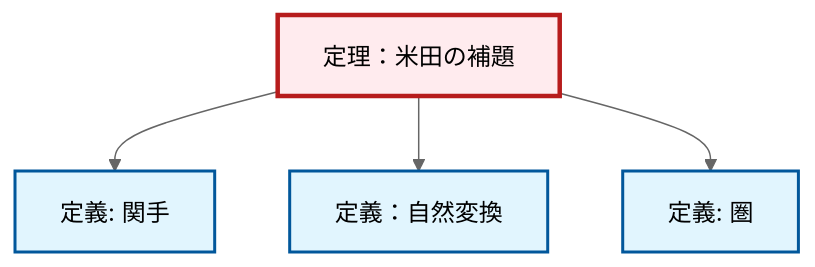
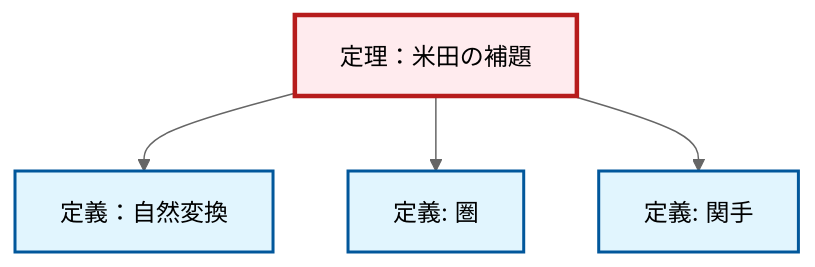
Before and after one commit to RK0429/ModernMath: the diagram in content/ja/category-theory/thm-yoneda.qmd, drawn with Mermaid (neutral theme). The commit also changed other lines of this file and 1012 other files, not shown here.

````diff
--- a/content/ja/category-theory/thm-yoneda.qmd
+++ b/content/ja/category-theory/thm-yoneda.qmd
@@ -96,20 +96,20 @@
 ```{mermaid}
 %%| fig-cap: "Local dependency graph"
 graph TD
     classDef definition fill:#e1f5fe,stroke:#01579b,stroke-width:2px
     classDef theorem fill:#f3e5f5,stroke:#4a148c,stroke-width:2px
     classDef axiom fill:#fff3e0,stroke:#e65100,stroke-width:2px
     classDef example fill:#e8f5e9,stroke:#1b5e20,stroke-width:2px
     classDef current fill:#ffebee,stroke:#b71c1c,stroke-width:3px
+    thm-yoneda["定理：米田の補題"]:::theorem
     def-category["定義: 圏"]:::definition
-    thm-yoneda["定理：米田の補題"]:::theorem
     def-natural-transformation["定義：自然変換"]:::definition
     def-functor["定義: 関手"]:::definition
-    thm-yoneda --> def-functor
     thm-yoneda --> def-natural-transformation
     thm-yoneda --> def-category
+    thm-yoneda --> def-functor
     class thm-yoneda current
     click def-category "def-category.html" "圏の定義へ"
     click def-natural-transformation "def-natural-transformation.html" "定義：自然変換へ"
     click def-functor "def-functor.html" "関手の定義へ"
 ```
````
